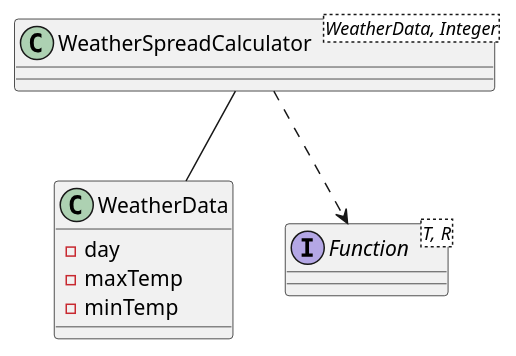
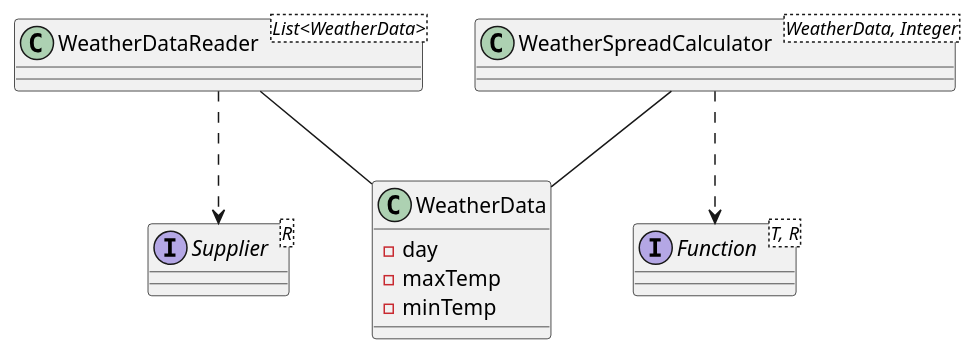
The diagram in doc/weather.puml (boogey/programming-challenge), drawn with PlantUML before and after one commit.

Commit message:
doc: add WeatherDataReader to uml class diagramm
Adding WeatherDataReader as reader class to the uml class diagramm. It's implement the Supplier<Collection<WeatherData>> interface and encapsulated the reader logic.

```diff
--- a/doc/weather.puml
+++ b/doc/weather.puml
@@ -1,15 +1,19 @@
 @startuml
 
 class WeatherData {
   - day
   - maxTemp
   - minTemp
 }
 
+class WeatherDataReader<List<WeatherData>>
 class WeatherSpreadCalculator<WeatherData, Integer>
 interface Function<T, R>
+interface Supplier<R>
 
 WeatherSpreadCalculator ..> Function
 WeatherSpreadCalculator -- WeatherData
+WeatherDataReader ..> Supplier
+WeatherDataReader -- WeatherData
 
 @enduml
```
